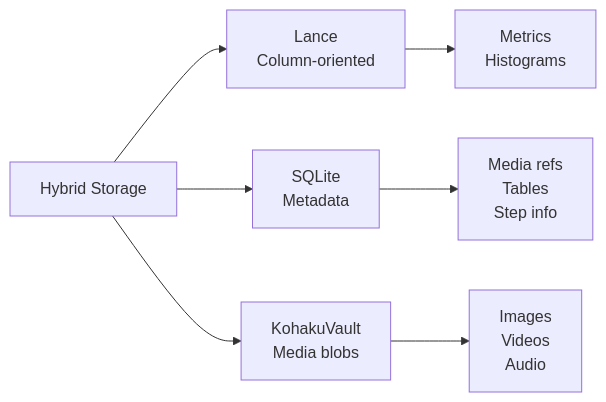
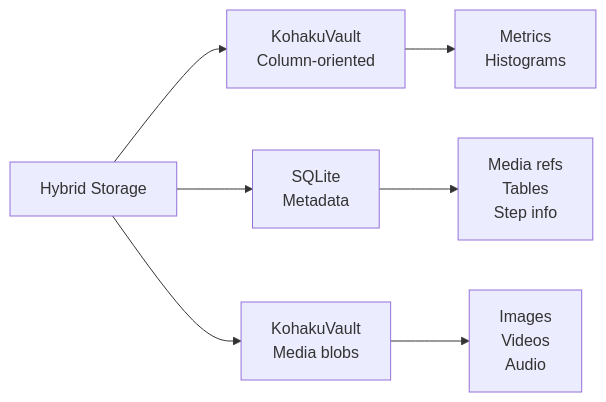
The sixth of 14 diagrams in docs/kohakuboard/architecture.md (KohakuBlueleaf/KohakuBoard), drawn with Mermaid before and after one commit. The commit also changed other lines of this file and 4 other files, not shown here.

````diff
--- a/docs/kohakuboard/architecture.md
+++ b/docs/kohakuboard/architecture.md
@@ -306,11 +306,11 @@
 ```mermaid
 graph LR
-    A[Hybrid Storage] --> B[Lance<br/>Column-oriented]
+    A[Hybrid Storage] --> B[KohakuVault<br/>Column-oriented]
     A --> C[SQLite<br/>Metadata]
     A --> D[KohakuVault<br/>Media blobs]
 
     B --> B1[Metrics<br/>Histograms]
     C --> C1[Media refs<br/>Tables<br/>Step info]
     D --> D1[Images<br/>Videos<br/>Audio]
 
 ```
````
